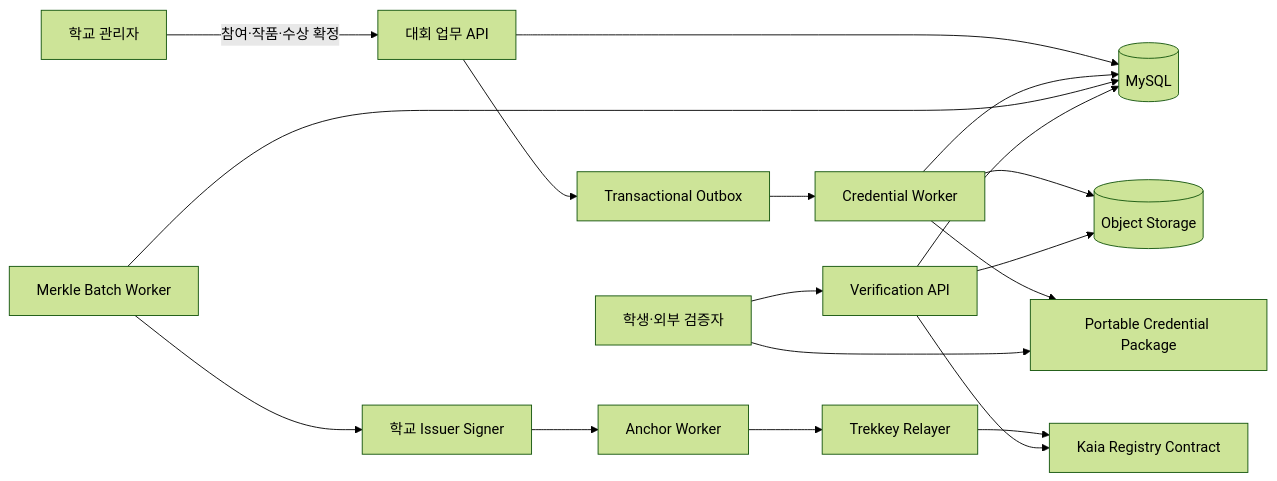
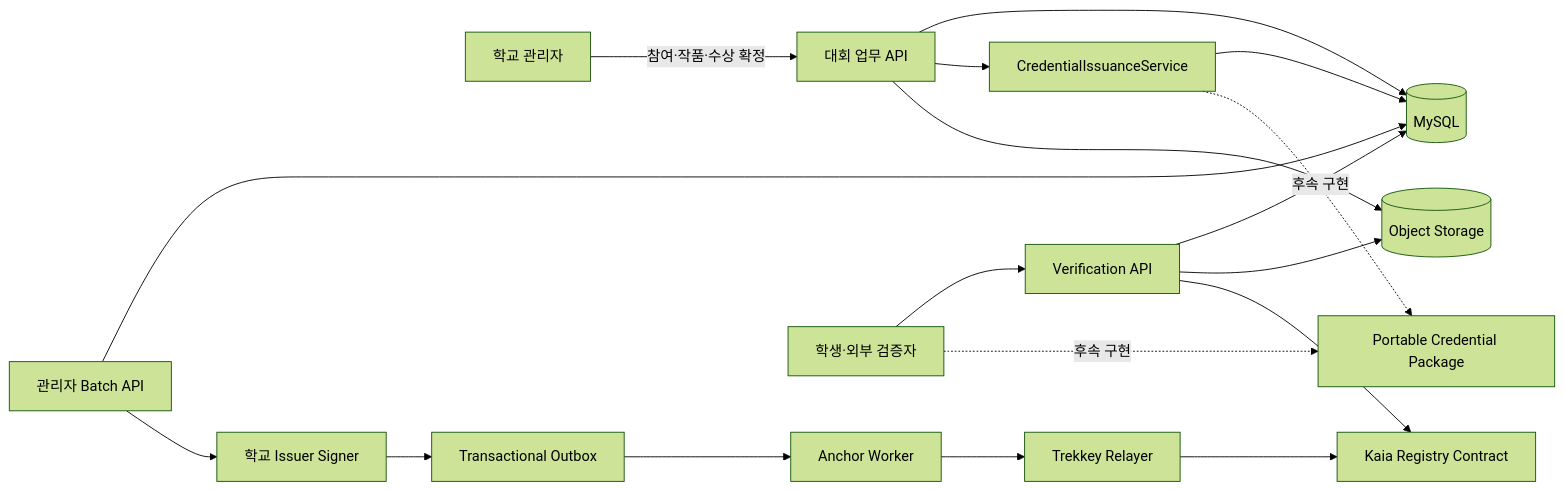
The first of 3 diagrams in docs/blockchain-anchoring-architecture.md (Tok-Baro/Trekkey_BackEnd), drawn with Mermaid (forest theme) before and after one commit. The commit also changed other lines of this file and 123 other files, not shown here.

````diff
--- a/docs/blockchain-anchoring-architecture.md
+++ b/docs/blockchain-anchoring-architecture.md
@@ -52,20 +60,20 @@
 ```mermaid
 flowchart LR
     admin["학교 관리자"] -->|"참여·작품·수상 확정"| domainApi["대회 업무 API"]
     domainApi --> mysql[("MySQL")]
-    domainApi --> outbox["Transactional Outbox"]
-    outbox --> issueWorker["Credential Worker"]
-    issueWorker --> mysql
-    issueWorker --> objectStorage[("Object Storage")]
-    batchWorker["Merkle Batch Worker"] --> mysql
-    batchWorker --> signer["학교 Issuer Signer"]
-    signer --> anchorWorker["Anchor Worker"]
+    domainApi --> issueService["CredentialIssuanceService"]
+    issueService --> mysql
+    domainApi --> objectStorage[("Object Storage")]
+    batchApi["관리자 Batch API"] --> mysql
+    batchApi --> signer["학교 Issuer Signer"]
+    signer --> outbox["Transactional Outbox"]
+    outbox --> anchorWorker["Anchor Worker"]
     anchorWorker --> relayer["Trekkey Relayer"]
     relayer --> kaia["Kaia Registry Contract"]
     verifier["학생·외부 검증자"] --> verifyApi["Verification API"]
     verifyApi --> mysql
     verifyApi --> objectStorage
     verifyApi --> kaia
-    issueWorker --> package["Portable Credential Package"]
-    verifier --> package
+    issueService -. "후속 구현" .-> package["Portable Credential Package"]
+    verifier -. "후속 구현" .-> package
 ```
````
